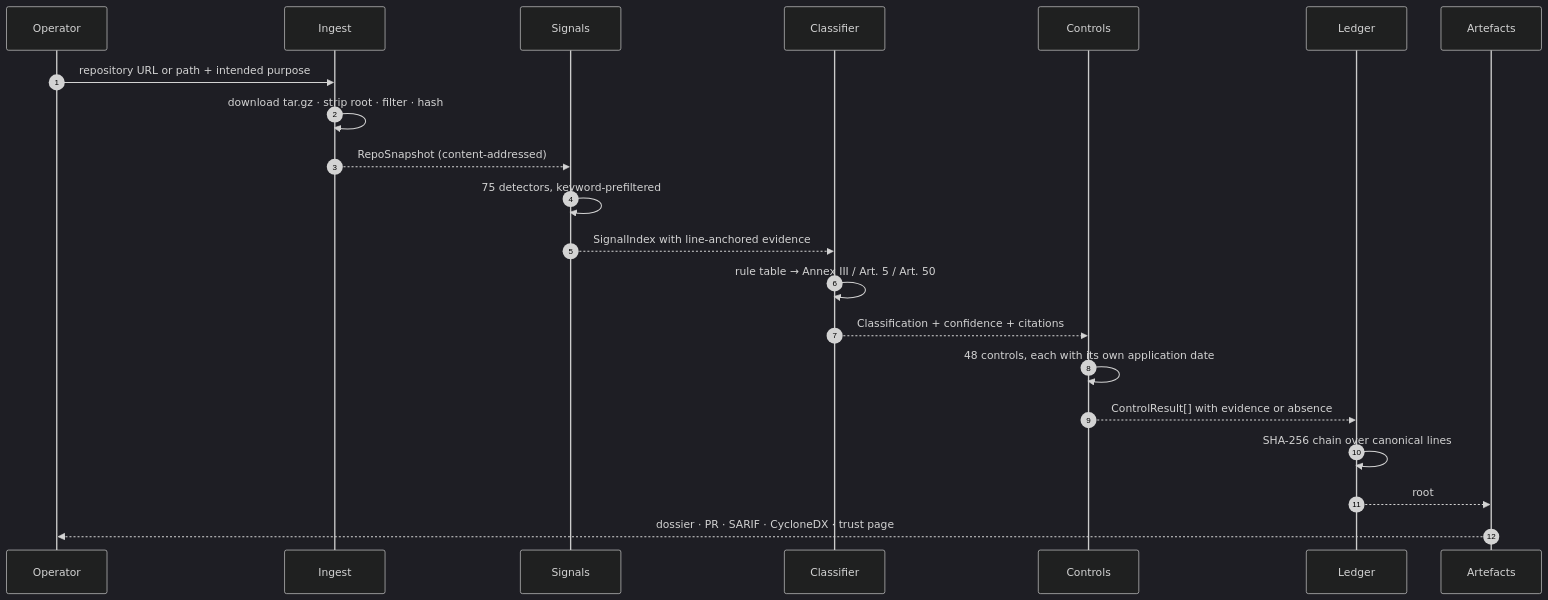
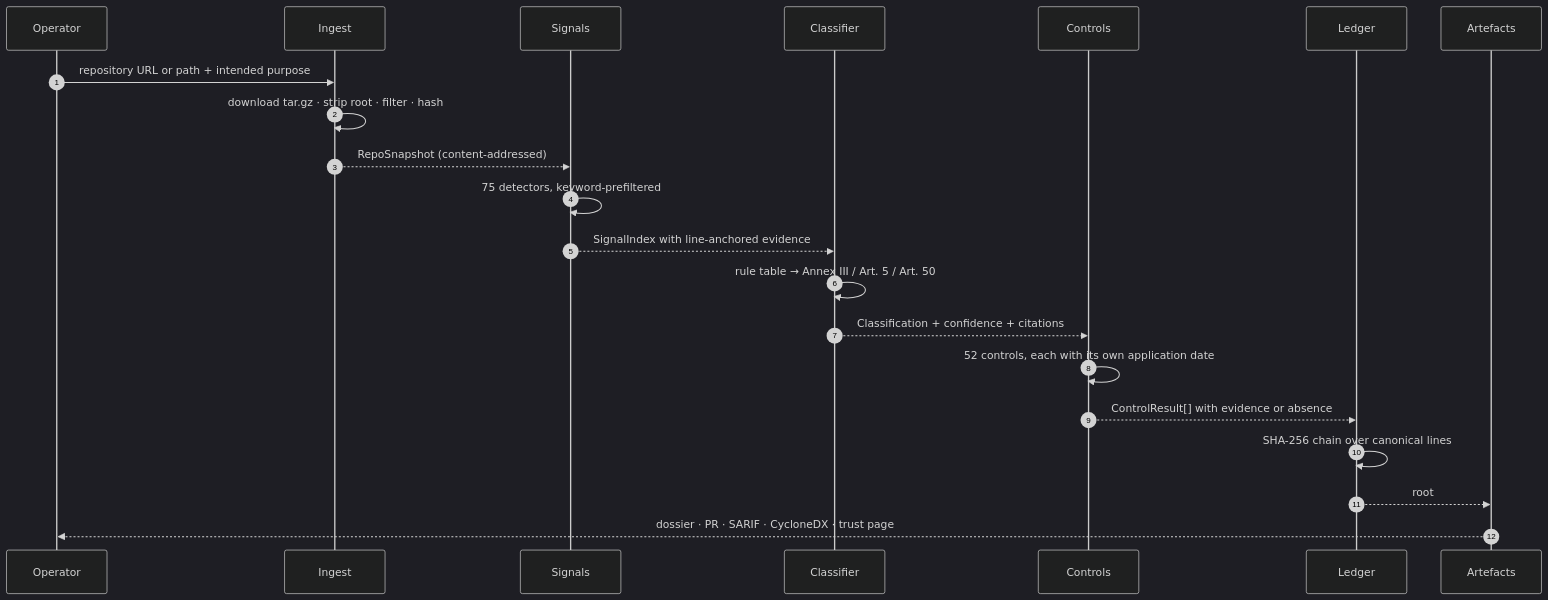
One commit to shi1720/LexHack changed the diagram in docs/ARCHITECTURE.md. Above: the diagram before and after it, drawn with Mermaid (dark theme). The commit also changed other lines of this file and 55 other files, not shown here.

````diff
--- a/docs/ARCHITECTURE.md
+++ b/docs/ARCHITECTURE.md
@@ -13,24 +13,24 @@
 ```mermaid
 sequenceDiagram
     autonumber
     participant U as Operator
     participant I as Ingest
     participant S as Signals
     participant C as Classifier
     participant E as Controls
     participant L as Ledger
     participant A as Artefacts
 
     U->>I: repository URL or path + intended purpose
     I->>I: download tar.gz · strip root · filter · hash
     I-->>S: RepoSnapshot (content-addressed)
     S->>S: 75 detectors, keyword-prefiltered
     S-->>C: SignalIndex with line-anchored evidence
     C->>C: rule table → Annex III / Art. 5 / Art. 50
     C-->>E: Classification + confidence + citations
-    E->>E: 48 controls, each with its own application date
+    E->>E: 52 controls, each with its own application date
     E-->>L: ControlResult[] with evidence or absence
     L->>L: SHA-256 chain over canonical lines
     L-->>A: root
     A-->>U: dossier · PR · SARIF · CycloneDX · trust page
 ```
````
